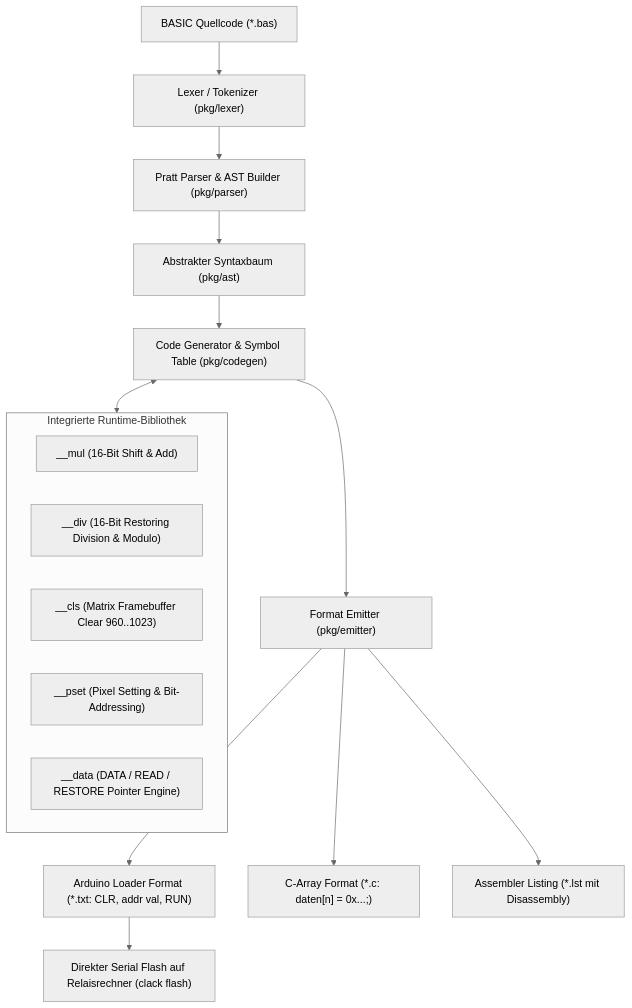
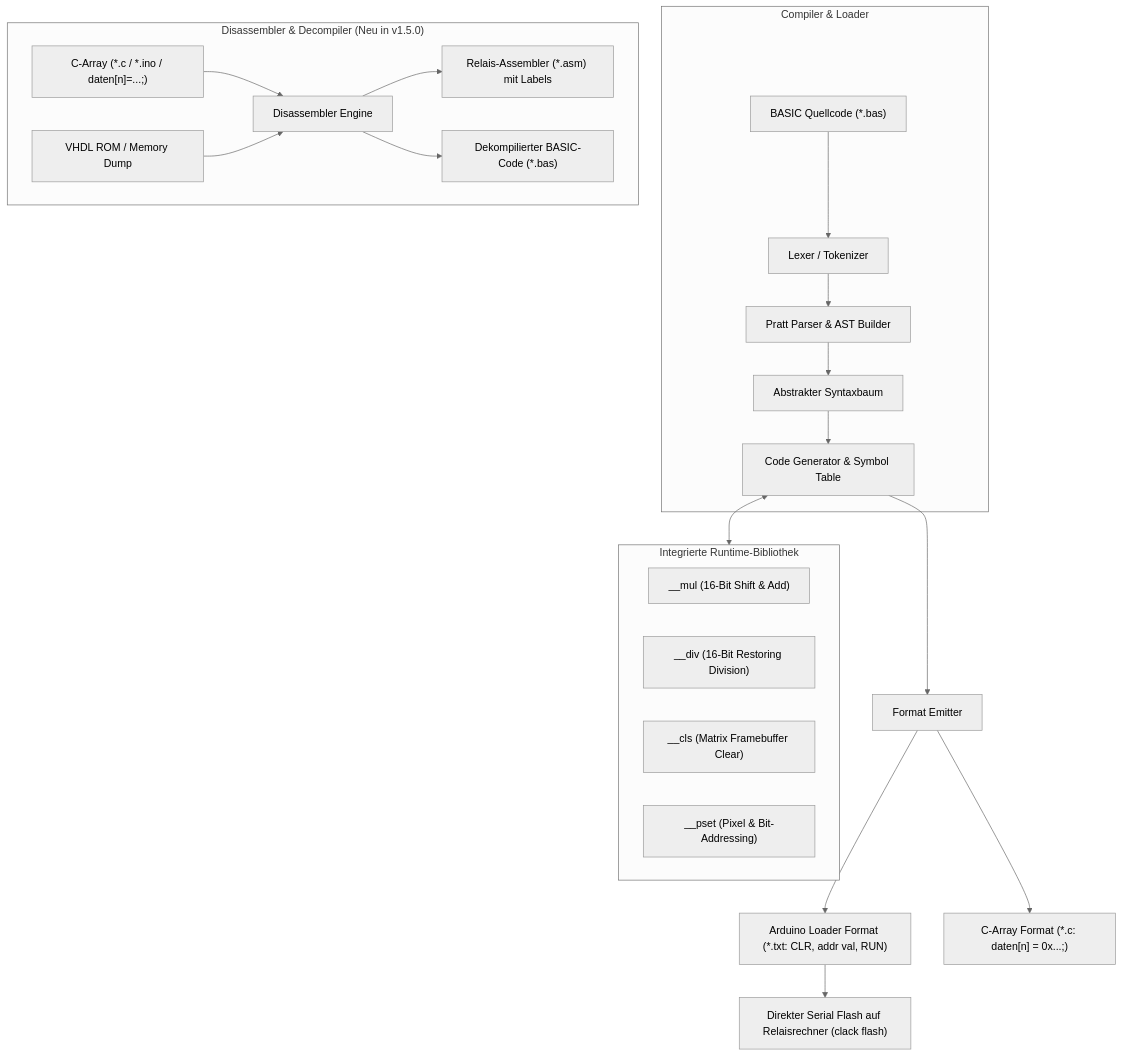
One commit to relaycomputer/clack-basic changed the diagram in README.md. Above: the diagram before and after it, drawn with Mermaid (neutral theme). The commit also changed other lines of this file, not shown here.

Commit message:
docs: update README with v1.5.0 features (clack disasm, multi-format array parser, decompiler)

````diff
--- a/README.md
+++ b/README.md
@@ -9,24 +10,31 @@
 ```mermaid
 flowchart TD
-    SRC["BASIC Quellcode (*.bas)"] --> LEX["Lexer / Tokenizer (pkg/lexer)"]
-    LEX --> PARSE["Pratt Parser & AST Builder (pkg/parser)"]
-    PARSE --> AST["Abstrakter Syntaxbaum (pkg/ast)"]
-    AST --> CODEGEN["Code Generator & Symbol Table (pkg/codegen)"]
+    subgraph Frontend["Compiler & Loader"]
+        SRC["BASIC Quellcode (*.bas)"] --> LEX["Lexer / Tokenizer"]
+        LEX --> PARSE["Pratt Parser & AST Builder"]
+        PARSE --> AST["Abstrakter Syntaxbaum"]
+        AST --> CODEGEN["Code Generator & Symbol Table"]
+    end
+    
+    subgraph Decompiler["Disassembler & Decompiler (Neu in v1.5.0)"]
+        CARRAY["C-Array (*.c / *.ino / daten[n]=...;)"] --> DEASM["Disassembler Engine"]
+        VHDL["VHDL ROM / Memory Dump"] --> DEASM
+        DEASM --> ASM_OUT["Relais-Assembler (*.asm) mit Labels"]
+        DEASM --> BASIC_OUT["Dekompilierter BASIC-Code (*.bas)"]
+    end
     
     subgraph Runtime["Integrierte Runtime-Bibliothek"]
         MUL["__mul (16-Bit Shift & Add)"]
-        DIV["__div (16-Bit Restoring Division & Modulo)"]
-        CLS["__cls (Matrix Framebuffer Clear 960..1023)"]
-        PSET["__pset (Pixel Setting & Bit-Addressing)"]
-        DATA["__data (DATA / READ / RESTORE Pointer Engine)"]
+        DIV["__div (16-Bit Restoring Division)"]
+        CLS["__cls (Matrix Framebuffer Clear)"]
+        PSET["__pset (Pixel & Bit-Addressing)"]
     end
     
     CODEGEN <--> Runtime
-    CODEGEN --> EMIT["Format Emitter (pkg/emitter)"]
+    CODEGEN --> EMIT["Format Emitter"]
     
     EMIT --> OUT_ARDUINO["Arduino Loader Format (*.txt: CLR, addr val, RUN)"]
     EMIT --> OUT_CARRAY["C-Array Format (*.c: daten[n] = 0x...;)"]
-    EMIT --> OUT_LISTING["Assembler Listing (*.lst mit Disassembly)"]
     
     OUT_ARDUINO --> FLASH["Direkter Serial Flash auf Relaisrechner (clack flash)"]
 ```
````
